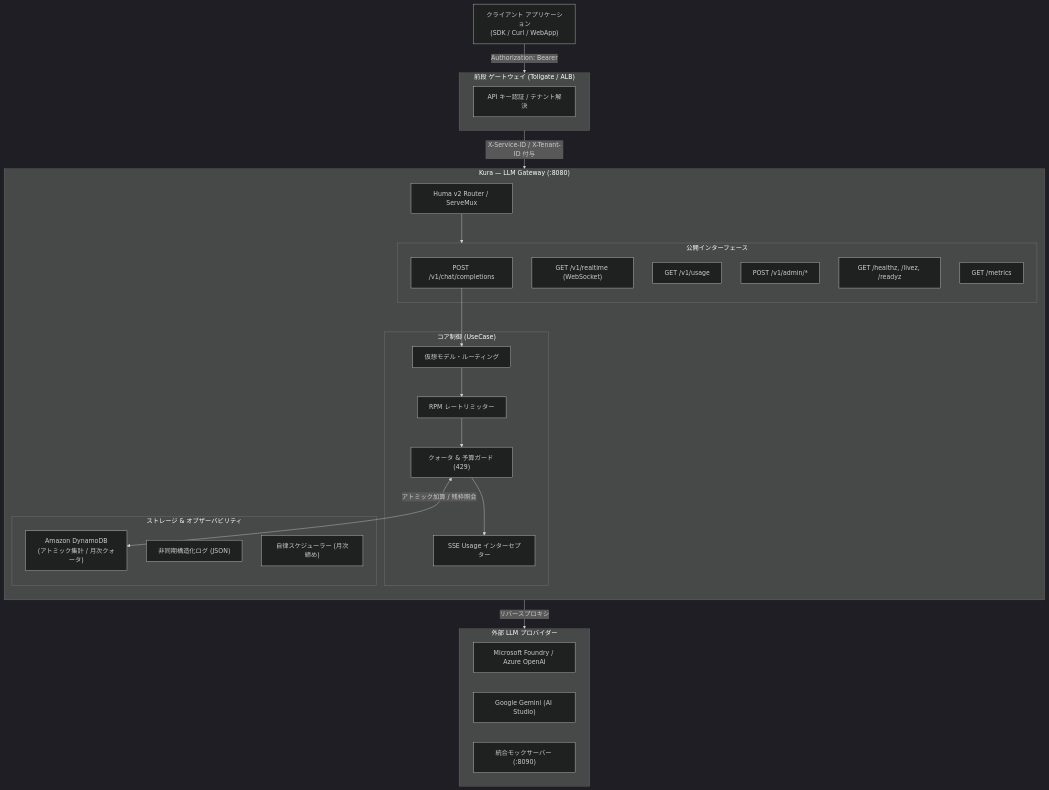
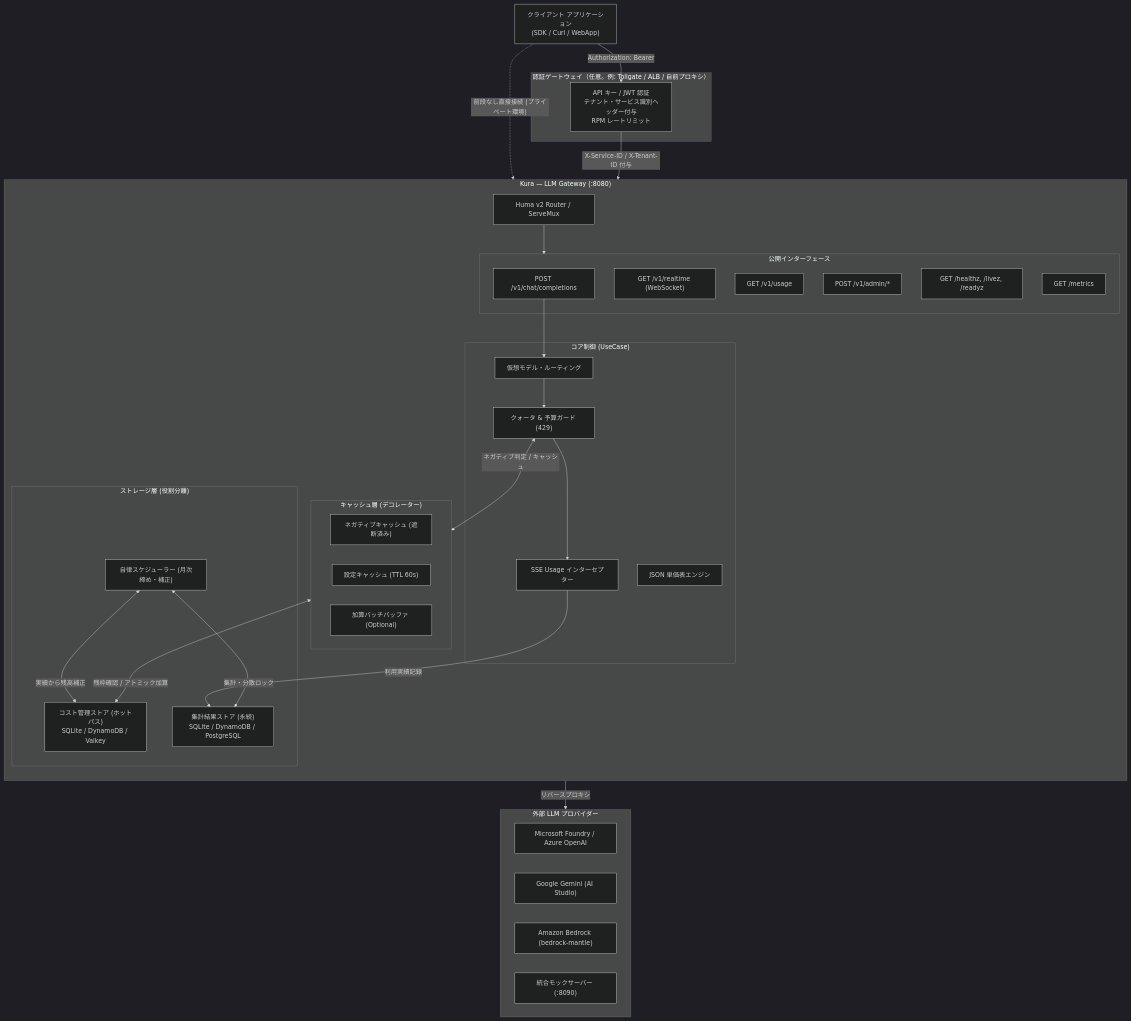
Before and after one commit to northfieldzz/kura: the diagram in README.md, drawn with Mermaid (dark theme). The commit also changed other lines of this file and 56 other files, not shown here.

Commit message:
feat: implement core LLM proxy architecture with modular adapters, use cases, and storage layers

````diff
--- a/README.md
+++ b/README.md
@@ -43,48 +195,60 @@
 ```mermaid
 flowchart TD
     Client["クライアント アプリケーション<br/>(SDK / Curl / WebApp)"]
     
-    subgraph Tollgate ["前段 ゲートウェイ (Tollgate / ALB)"]
-        AUTH["API キー認証 / テナント解決"]
+    subgraph AuthLayer ["認証ゲートウェイ（任意。例: Tollgate / ALB / 自前プロキシ）"]
+        AUTH["API キー / JWT 認証<br/>テナント・サービス識別ヘッダー付与<br/>RPM レートリミット"]
     end
 
     subgraph Kura ["Kura — LLM Gateway (:8080)"]
         direction TB
         ROUTER["Huma v2 Router / ServeMux"]
 
         subgraph Endpoints ["公開インターフェース"]
             CHAT["POST /v1/chat/completions"]
             REALTIME["GET /v1/realtime (WebSocket)"]
             USAGE["GET /v1/usage"]
             ADMIN["POST /v1/admin/*"]
             HEALTH["GET /healthz, /livez, /readyz"]
             METRICS["GET /metrics"]
         end
 
         subgraph CoreLogic ["コア制御 (UseCase)"]
             ALIAS["仮想モデル・ルーティング"]
             QUOTA["クォータ & 予算ガード (429)"]
-            RATELIMIT["RPM レートリミッター"]
+            PRICING["JSON 単価表エンジン"]
             STREAM["SSE Usage インターセプター"]
         end
 
-        subgraph Storage ["ストレージ & オブザーバビリティ"]
-            DYNAMO["Amazon DynamoDB<br/>(アトミック集計 / 月次クォータ)"]
-            ASYNC_LOG["非同期構造化ログ (JSON)"]
-            CRON["自律スケジューラー (月次締め)"]
+        subgraph CacheLayer ["キャッシュ層 (デコレーター)"]
+            NEG_CACHE["ネガティブキャッシュ (遮断済み)"]
+            CFG_CACHE["設定キャッシュ (TTL 60s)"]
+            BATCH_BUF["加算バッチバッファ (Optional)"]
+        end
+
+        subgraph StorageLayer ["ストレージ層 (役割分離)"]
+            COST_STORE["コスト管理ストア (ホットパス)<br/>SQLite / DynamoDB / Valkey"]
+            USAGE_STORE["集計結果ストア (永続)<br/>SQLite / DynamoDB / PostgreSQL"]
+            CRON["自律スケジューラー (月次締め・補正)"]
         end
     end
 
     subgraph Providers ["外部 LLM プロバイダー"]
         AZURE["Microsoft Foundry / Azure OpenAI"]
         GEMINI["Google Gemini (AI Studio)"]
+        BEDROCK["Amazon Bedrock (bedrock-mantle)"]
         MOCK["統合モックサーバー (:8090)"]
     end
 
-    Client -->|"Authorization: Bearer <key>"| Tollgate
-    Tollgate -->|"X-Service-ID / X-Tenant-ID 付与"| ROUTER
+    Client -.->|"前段なし直接接続 (プライベート環境)"| ROUTER
+    Client -->|"Authorization: Bearer <key>"| AUTH
+    AUTH -->|"X-Service-ID / X-Tenant-ID 付与"| ROUTER
     ROUTER --> Endpoints
-    CHAT --> ALIAS --> RATELIMIT --> QUOTA --> STREAM
-    QUOTA <-->|"アトミック加算 / 残枠照会"| DYNAMO
+    CHAT --> ALIAS --> QUOTA --> STREAM
+    QUOTA <-->|"ネガティブ判定 / キャッシュ"| CacheLayer
+    CacheLayer <-->|"残枠確認 / アトミック加算"| COST_STORE
+    STREAM -->|"利用実績記録"| USAGE_STORE
     STREAM -->|"リバースプロキシ"| Providers
+    CRON <-->|"実績から残高補正"| COST_STORE
+    CRON <-->|"集計・分散ロック"| USAGE_STORE
 ```
````
